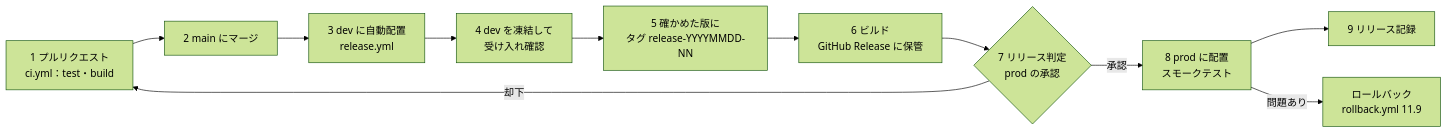
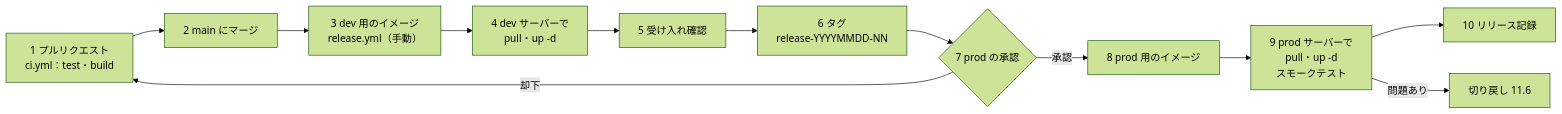
The seventh of 7 diagrams in documents/詳細設計書_RPG学習アプリ.md (pocarialice/rpglearning), drawn with Mermaid (forest theme) before and after one commit. The commit also changed other lines of this file and 3 other files, not shown here.

````diff
--- a/documents/詳細設計書_RPG学習アプリ.md
+++ b/documents/詳細設計書_RPG学習アプリ.md
@@ -1698,13 +1914,14 @@
 ```mermaid
 flowchart LR
   PR["1 プルリクエスト<br>ci.yml：test・build"] --> M["2 main にマージ"]
-  M --> DEV["3 dev に自動配置<br>release.yml"]
-  DEV --> UAT["4 dev を凍結して<br>受け入れ確認"]
-  UAT --> T["5 確かめた版に<br>タグ release-YYYYMMDD-NN"]
-  T --> GR["6 ビルド<br>GitHub Release に保管"]
-  GR --> E{"7 リリース判定<br>prod の承認"}
-  E -->|"承認"| PRD["8 prod に配置<br>スモークテスト"]
+  M --> DEV["3 dev 用のイメージ<br>release.yml（手動）"]
+  DEV --> DUP["4 dev サーバーで<br>pull・up -d"]
+  DUP --> UAT["5 受け入れ確認"]
+  UAT --> T["6 タグ<br>release-YYYYMMDD-NN"]
+  T --> E{"7 prod の承認"}
+  E -->|"承認"| IMG["8 prod 用のイメージ"]
   E -->|"却下"| PR
-  PRD --> REC["9 リリース記録"]
-  PRD -->|"問題あり"| RB["ロールバック<br>rollback.yml 11.9"]
+  IMG --> PUP["9 prod サーバーで<br>pull・up -d<br>スモークテスト"]
+  PUP --> REC["10 リリース記録"]
+  PUP -->|"問題あり"| RB["切り戻し 11.6"]
 ```
````
